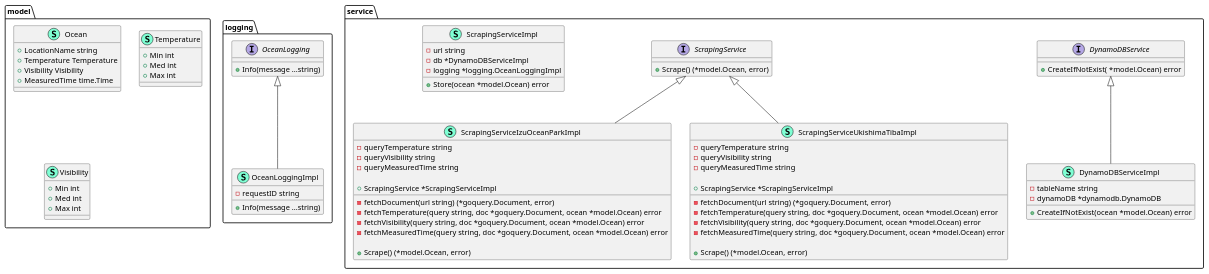
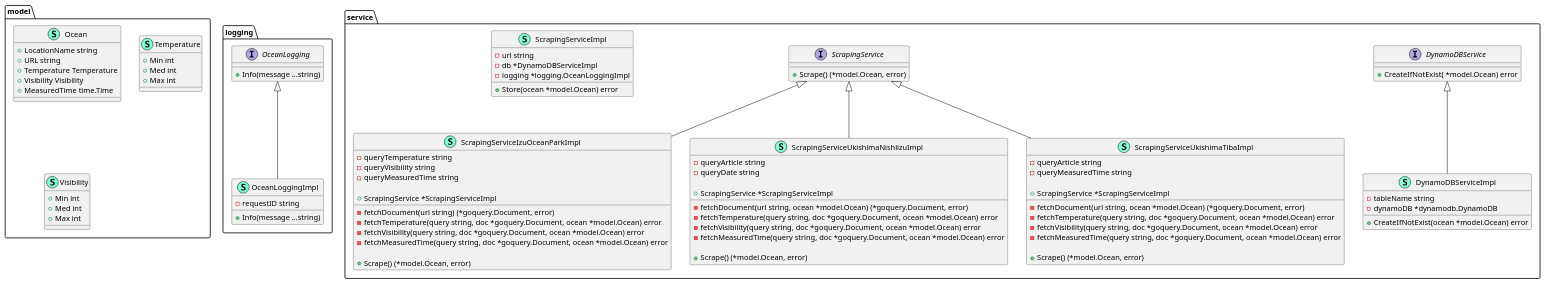
One commit to t29mato/divers-ocean-map changed the diagram in docs/class.puml. Above: the diagram before and after it, drawn with PlantUML. The commit also changed 1 other file, not shown here.

```diff
--- a/docs/class.puml
+++ b/docs/class.puml
@@ -1,100 +1,115 @@
 @startuml
 namespace logging {
     interface OceanLogging  {
         + Info(message ...string) 
 
     }
     class OceanLoggingImpl << (S,Aquamarine) >> {
         - requestID string
 
         + Info(message ...string) 
 
     }
 }
 
 "logging.OceanLogging" <|-- "logging.OceanLoggingImpl"
 
 namespace model {
     class Ocean << (S,Aquamarine) >> {
         + LocationName string
+        + URL string
         + Temperature Temperature
         + Visibility Visibility
         + MeasuredTime time.Time
 
     }
     class Temperature << (S,Aquamarine) >> {
         + Min int
         + Med int
         + Max int
 
     }
     class Visibility << (S,Aquamarine) >> {
         + Min int
         + Med int
         + Max int
 
     }
 }
 
 
 namespace service {
     interface DynamoDBService  {
         + CreateIfNotExist( *model.Ocean) error
 
     }
     class DynamoDBServiceImpl << (S,Aquamarine) >> {
         - tableName string
         - dynamoDB *dynamodb.DynamoDB
 
         + CreateIfNotExist(ocean *model.Ocean) error
 
     }
     interface ScrapingService  {
         + Scrape() (*model.Ocean, error)
 
     }
     class ScrapingServiceImpl << (S,Aquamarine) >> {
         - url string
         - db *DynamoDBServiceImpl
         - logging *logging.OceanLoggingImpl
 
         + Store(ocean *model.Ocean) error
 
     }
     class ScrapingServiceIzuOceanParkImpl << (S,Aquamarine) >> {
         - queryTemperature string
         - queryVisibility string
         - queryMeasuredTime string
 
         + ScrapingService *ScrapingServiceImpl
 
         - fetchDocument(url string) (*goquery.Document, error)
         - fetchTemperature(query string, doc *goquery.Document, ocean *model.Ocean) error
         - fetchVisibility(query string, doc *goquery.Document, ocean *model.Ocean) error
         - fetchMeasuredTime(query string, doc *goquery.Document, ocean *model.Ocean) error
 
         + Scrape() (*model.Ocean, error)
 
     }
+    class ScrapingServiceUkishimaNishiizuImpl << (S,Aquamarine) >> {
+        - queryArticle string
+        - queryDate string
+
+        + ScrapingService *ScrapingServiceImpl
+
+        - fetchDocument(url string, ocean *model.Ocean) (*goquery.Document, error)
+        - fetchTemperature(query string, doc *goquery.Document, ocean *model.Ocean) error
+        - fetchVisibility(query string, doc *goquery.Document, ocean *model.Ocean) error
+        - fetchMeasuredTime(query string, doc *goquery.Document, ocean *model.Ocean) error
+
+        + Scrape() (*model.Ocean, error)
+
+    }
     class ScrapingServiceUkishimaTibaImpl << (S,Aquamarine) >> {
-        - queryTemperature string
-        - queryVisibility string
+        - queryArticle string
         - queryMeasuredTime string
 
         + ScrapingService *ScrapingServiceImpl
 
-        - fetchDocument(url string) (*goquery.Document, error)
+        - fetchDocument(url string, ocean *model.Ocean) (*goquery.Document, error)
         - fetchTemperature(query string, doc *goquery.Document, ocean *model.Ocean) error
         - fetchVisibility(query string, doc *goquery.Document, ocean *model.Ocean) error
         - fetchMeasuredTime(query string, doc *goquery.Document, ocean *model.Ocean) error
 
         + Scrape() (*model.Ocean, error)
 
     }
 }
 
 "service.DynamoDBService" <|-- "service.DynamoDBServiceImpl"
 "service.ScrapingService" <|-- "service.ScrapingServiceIzuOceanParkImpl"
+"service.ScrapingService" <|-- "service.ScrapingServiceUkishimaNishiizuImpl"
 "service.ScrapingService" <|-- "service.ScrapingServiceUkishimaTibaImpl"
 
 @enduml
```
